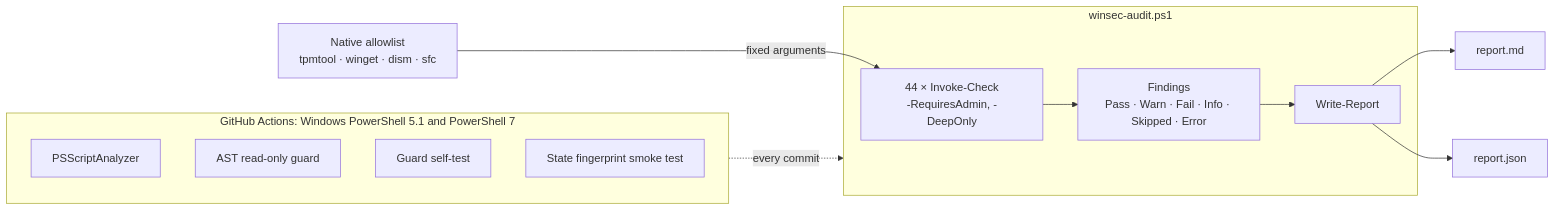
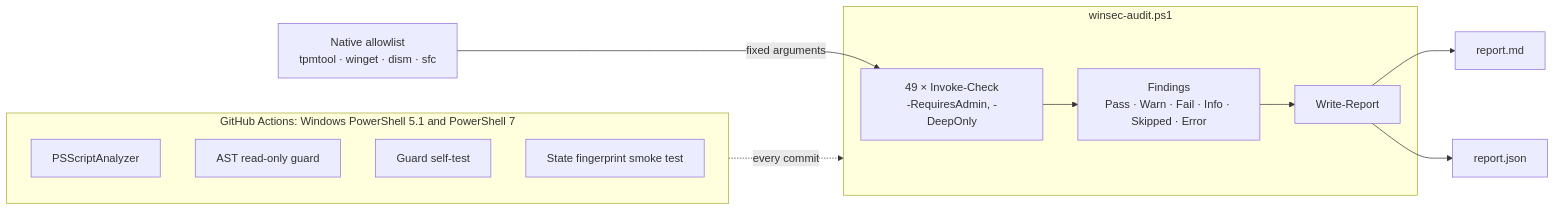
One commit to Blackwellcode/winsec-audit changed the diagram in README.md. Above: the diagram before and after it, drawn with Mermaid. The commit also changed other lines of this file and 4 other files, not shown here.

````diff
--- a/README.md
+++ b/README.md
@@ -49,17 +49,17 @@
 ```mermaid
 flowchart LR
     subgraph Script["winsec-audit.ps1"]
-        C["44 × Invoke-Check<br/>-RequiresAdmin, -DeepOnly"] --> F["Findings<br/>Pass · Warn · Fail · Info · Skipped · Error"]
+        C["49 × Invoke-Check<br/>-RequiresAdmin, -DeepOnly"] --> F["Findings<br/>Pass · Warn · Fail · Info · Skipped · Error"]
         F --> W["Write-Report"]
     end
     N["Native allowlist<br/>tpmtool · winget · dism · sfc"] -->|fixed arguments| C
     W --> MD["report.md"]
     W --> JS["report.json"]
     subgraph CI["GitHub Actions: Windows PowerShell 5.1 and PowerShell 7"]
         G1["PSScriptAnalyzer"]
         G2["AST read-only guard"]
         G3["Guard self-test"]
         G4["State fingerprint smoke test"]
     end
     CI -.->|every commit| Script
 ```
````
